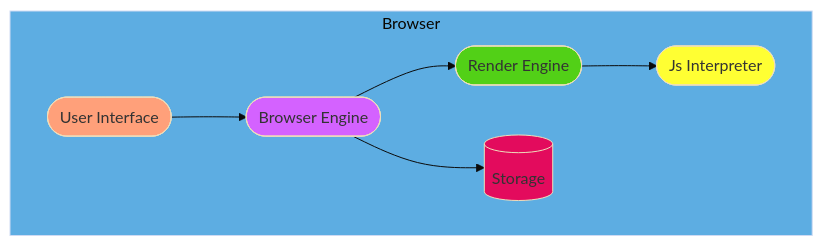
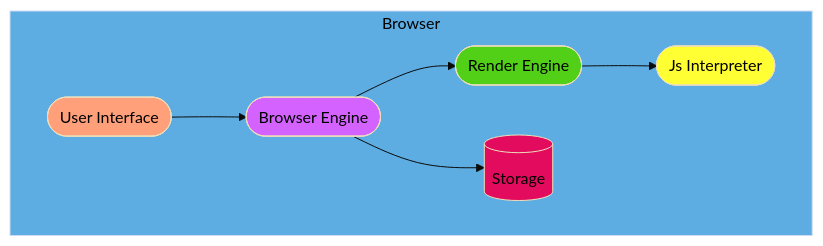
The first of 4 diagrams in Week-1/Browser.md (pesto-students/p3-priyanka-aravinthraaj), drawn with Mermaid (base theme) before and after one commit. The commit also changed other lines of this file, not shown here.

````diff
--- a/Week-1/Browser.md
+++ b/Week-1/Browser.md
@@ -19,18 +19,18 @@
 ```mermaid
   flowchart TD;
       subgraph box [Browser]
       id1([User Interface]);
       id2([Browser Engine]);
       id3([Render Engine]);
       id4([Js Interpreter])
       id5[(Storage)];
       id1 --> id2 --> id3 --> id4;
       id2 -->id5
       end
-      style id1 fill:#FFA07A
-      style id2 fill:#D462FF
-      style id3 fill:#52D017
-      style id4 fill:#FFFF33
-      style id5 fill:#E30B5D
-      style box fill:#5DADE2
+      style id1 fill:#FFA07A,color:#000
+      style id2 fill:#D462FF,color:#000
+      style id3 fill:#52D017,color:#000
+      style id4 fill:#FFFF33,color:#000
+      style id5 fill:#E30B5D,color:#000
+      style box fill:#5DADE2,color:#000
 ```
````
